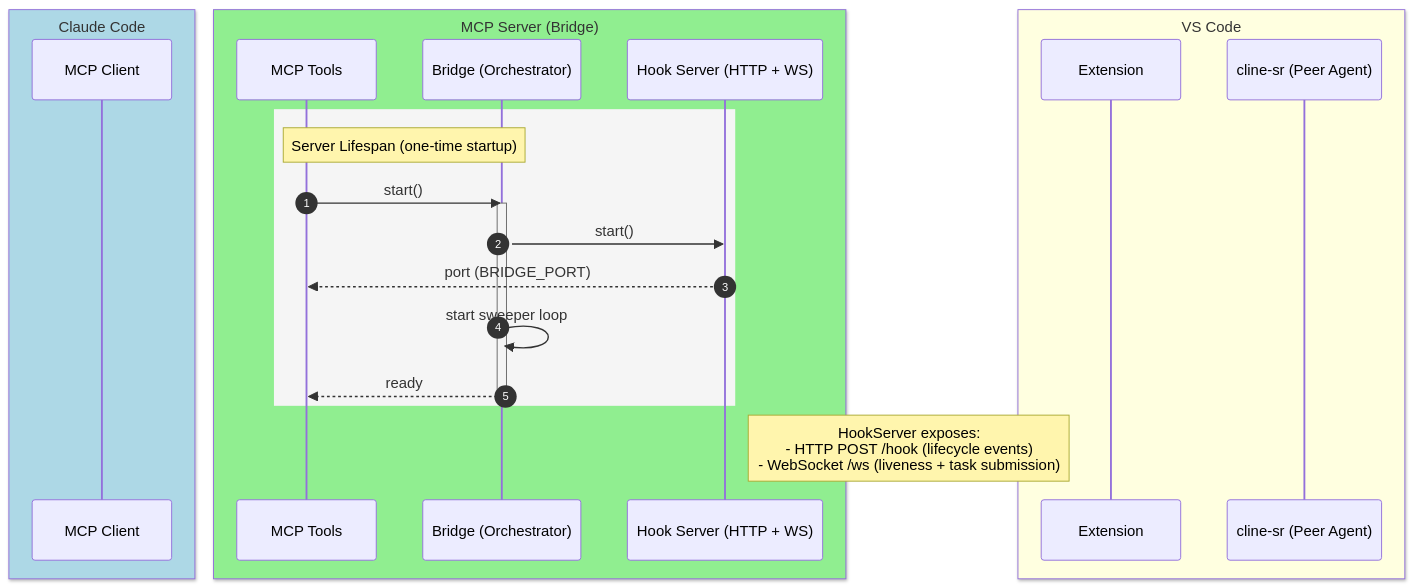
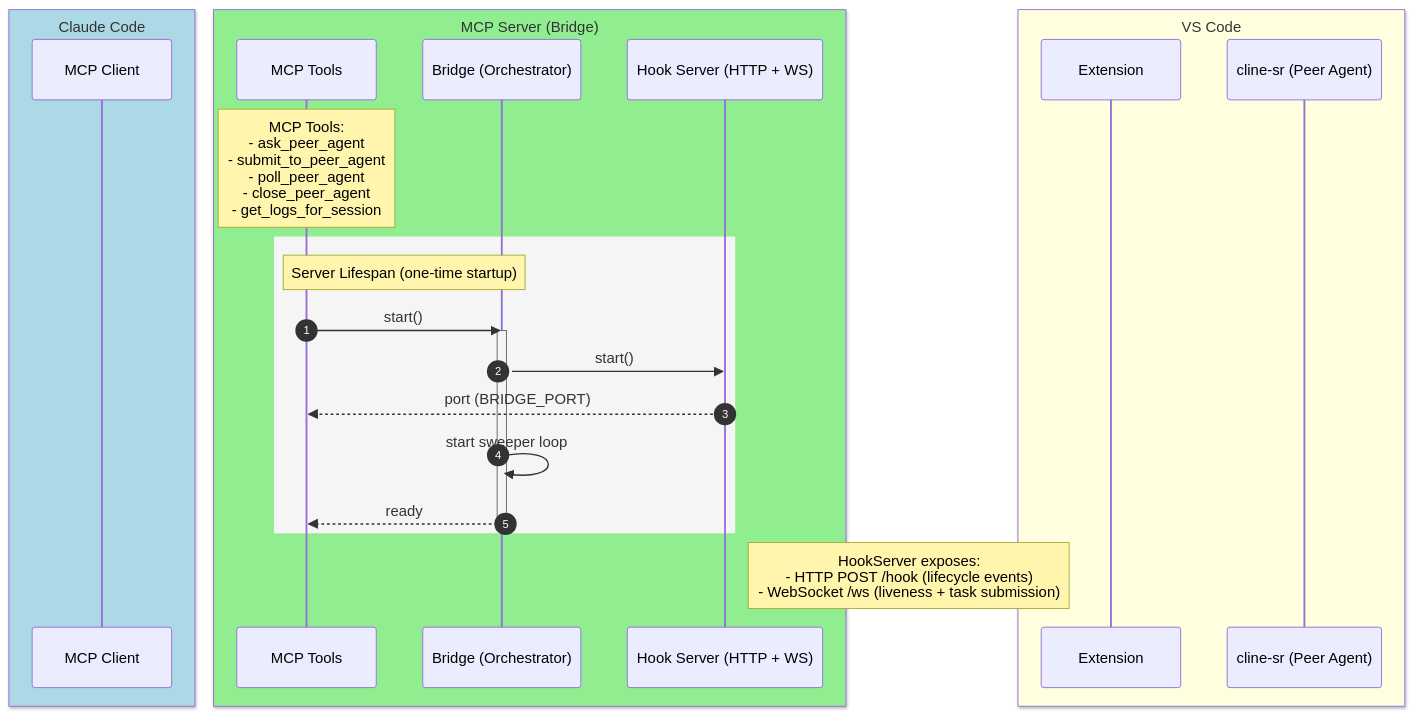
One commit to nj4x/peer-agent-kit changed the first of 6 diagrams in docs/adr/0068-vscode-agent-bridge-orchestration-module.md. Above: the diagram before and after it, drawn with Mermaid. The commit also changed other lines of this file, not shown here.

First line of the commit message:
docs(adr-0068): sync diagrams with ADR-0077/0078 implementation

````diff
--- a/docs/adr/0068-vscode-agent-bridge-orchestration-module.md
+++ b/docs/adr/0068-vscode-agent-bridge-orchestration-module.md
@@ -49,29 +49,30 @@
 ```mermaid
 sequenceDiagram
     autonumber
     box LightBlue Claude Code
         participant Client as MCP Client
     end
     box LightGreen MCP Server (Bridge)
         participant MCP as MCP Tools
         participant Bridge as Bridge (Orchestrator)
         participant HookServer as Hook Server (HTTP + WS)
     end
+    Note over MCP: MCP Tools:<br/>- ask_peer_agent<br/>- submit_to_peer_agent<br/>- poll_peer_agent<br/>- close_peer_agent<br/>- get_logs_for_session
     box LightYellow VS Code
         participant Extension as Extension
         participant Cline as cline-sr (Peer Agent)
     end
 
     rect rgb(245,245,245)
     Note over MCP,Bridge: Server Lifespan (one-time startup)
     MCP->>Bridge: start()
     activate Bridge
     Bridge->>HookServer: start()
     HookServer-->>MCP: port (BRIDGE_PORT)
     Bridge->>Bridge: start sweeper loop
     Bridge-->>MCP: ready
     deactivate Bridge
     end
 
     Note right of HookServer: HookServer exposes:<br/>- HTTP POST /hook (lifecycle events)<br/>- WebSocket /ws (liveness + task submission)
 ```
````
